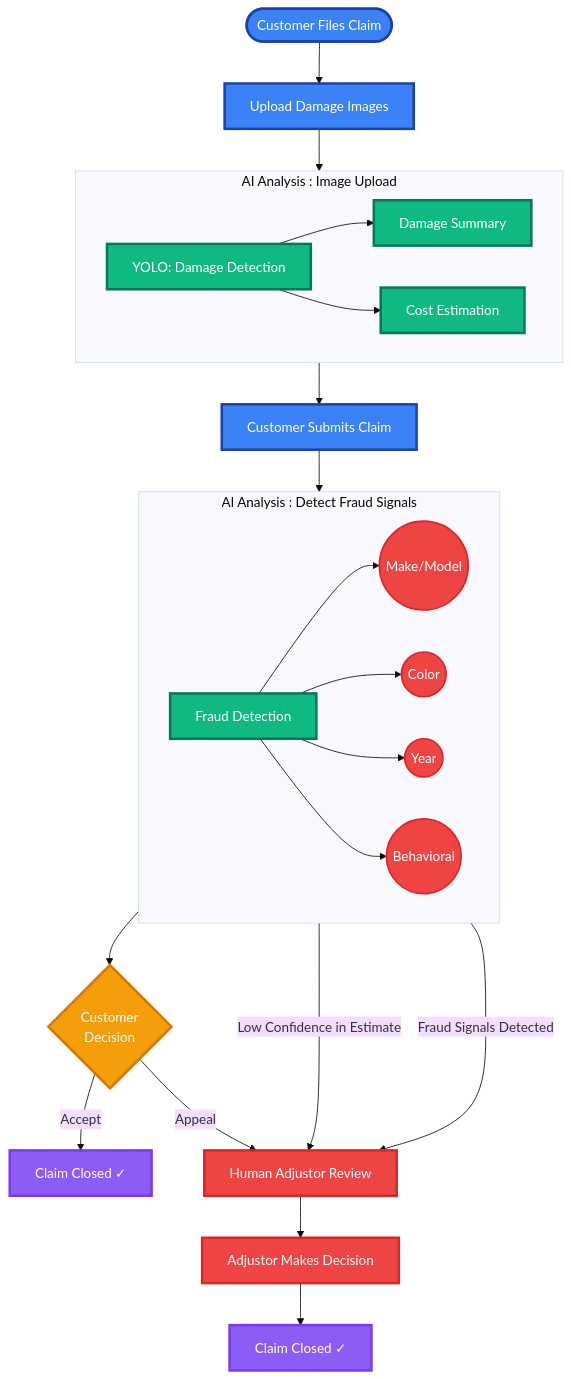
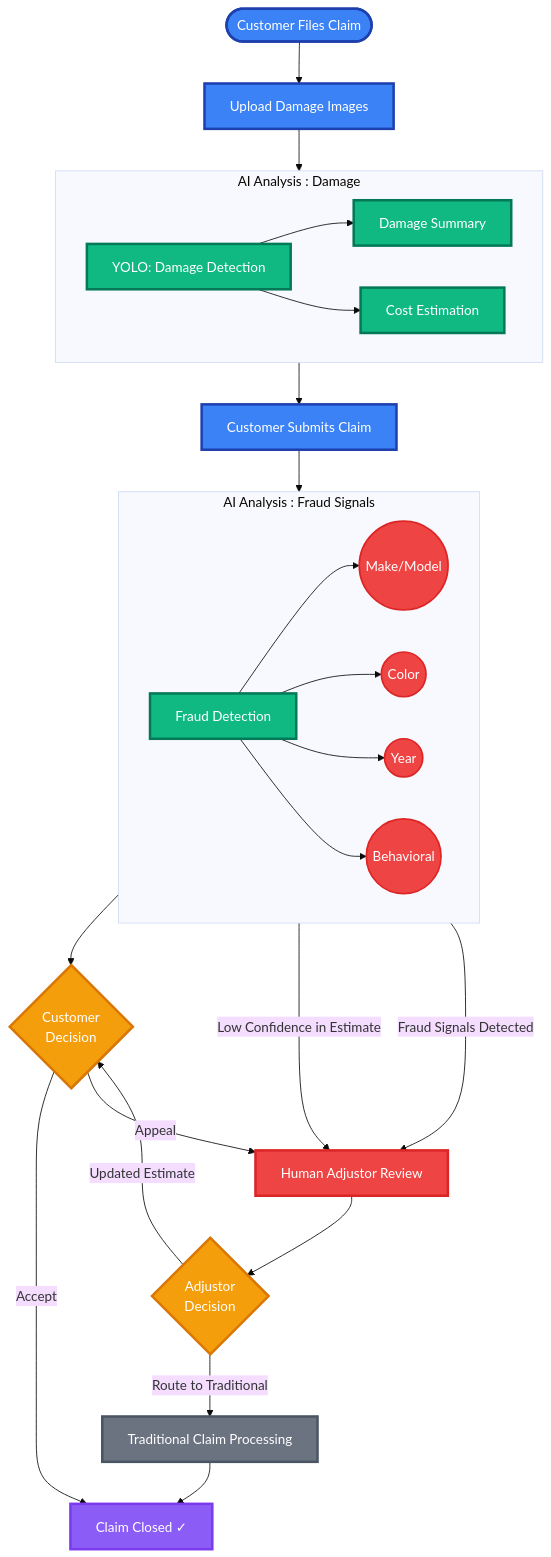
The diagram in specifications/diagrams/claims-ai-use-case.mmd (acloudfan/Acme-Claim-Management-Solution), drawn with Mermaid (base theme) before and after one commit.

```diff
--- a/specifications/diagrams/claims-ai-use-case.mmd
+++ b/specifications/diagrams/claims-ai-use-case.mmd
@@ -1,53 +1,57 @@
 %% AI-Powered Claims Processing - High-Level Block Diagram
 
 flowchart TD
     Start([Customer Files Claim]) --> Upload[Upload Damage Images]
 
     Upload --> AI1
 
-    subgraph AI1[AI Analysis : Image Upload]
+    subgraph AI1[AI Analysis : Damage]
         direction LR
         Damage[YOLO: Damage Detection] --> Summary[Damage Summary]
         Damage --> Estimate[Cost Estimation]
     end
 
     AI1 --> Submit[Customer Submits Claim]
 
     Submit --> AI2
 
-    subgraph AI2[AI Analysis : Detect Fraud Signals]
+    subgraph AI2[AI Analysis : Fraud Signals]
         direction LR
         Fraud[Fraud Detection] --> MakeMismatch((Make/Model))
         Fraud --> ColorMismatch((Color))
         Fraud --> YearMismatch((Year))
         Fraud --> Behavioral((Behavioral))
     end
 
     AI2 --> Decision{Customer<br/>Decision}
 
-    Decision -->|Accept| Close1[Claim Closed ✓]
+    Decision -->|Accept| Close[Claim Closed ✓]
     Decision -->|Appeal| Human
 
     AI2 -->|Low Confidence in Estimate| Human[Human Adjustor Review]
 
     AI2 -->|Fraud Signals Detected| Human[Human Adjustor Review]
 
-   
 
-    Human --> AdjustorDecision[Adjustor Makes Decision]
-    AdjustorDecision --> Close2[Claim Closed ✓]
+
+    Human --> AdjustorDecision{Adjustor<br/>Decision}
+    AdjustorDecision -->|Route to Traditional| Traditional[Traditional Claim Processing]
+    AdjustorDecision -->|Updated Estimate| Decision
+    Traditional --> Close[Claim Closed ✓]
 
     %% Styling
     classDef startClass fill:#3b82f6,stroke:#1e40af,stroke-width:3px,color:#fff
     classDef aiClass fill:#10b981,stroke:#047857,stroke-width:3px,color:#fff
     classDef decisionClass fill:#f59e0b,stroke:#d97706,stroke-width:3px,color:#fff
     classDef humanClass fill:#ef4444,stroke:#dc2626,stroke-width:3px,color:#fff
     classDef closeClass fill:#8b5cf6,stroke:#7c3aed,stroke-width:3px,color:#fff
     classDef fraudSignalClass fill:#ef4444,stroke:#dc2626,stroke-width:2px,color:#fff
+    classDef traditionalClass fill:#6b7280,stroke:#4b5563,stroke-width:3px,color:#fff
 
     class Start,Upload,Submit startClass
     class Damage,Summary,Estimate,Fraud aiClass
-    class Decision decisionClass
-    class Human,AdjustorDecision humanClass
-    class Close1,Close2 closeClass
+    class Decision,AdjustorDecision decisionClass
+    class Human humanClass
+    class Close closeClass
     class MakeMismatch,ColorMismatch,YearMismatch,Behavioral fraudSignalClass
+    class Traditional traditionalClass
```
